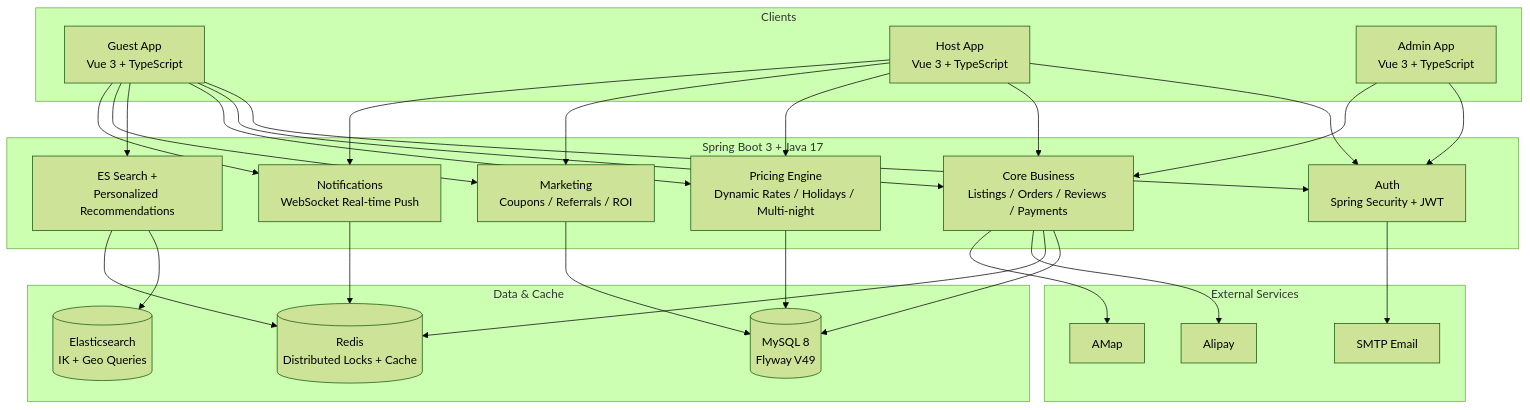
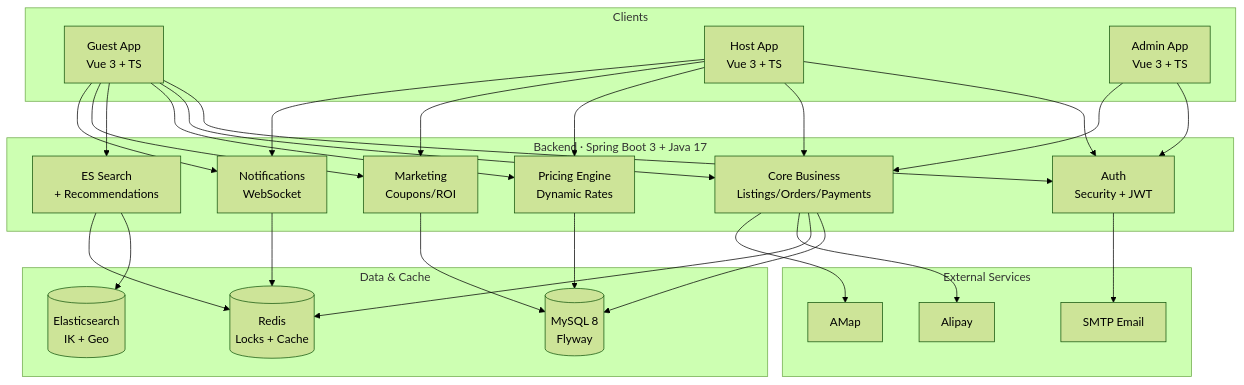
Before and after one commit to goaltang/homestay-booking-platform: the second of 2 diagrams in README_EN.md, drawn with Mermaid (forest theme). The commit also changed 1 other file, not shown here.

Commit message:
fix(docs): 系统架构图 subgraph 改用英文 id，修复 GitHub 中文 id 渲染异常

````diff
--- a/README_EN.md
+++ b/README_EN.md
@@ -90,54 +90,54 @@
 ```mermaid
 graph TB
-    subgraph Clients
-        F1[Guest App<br/>Vue 3 + TypeScript]
-        F2[Host App<br/>Vue 3 + TypeScript]
-        F3[Admin App<br/>Vue 3 + TypeScript]
+    subgraph C["Clients"]
+        F1[Guest App<br/>Vue 3 + TS]
+        F2[Host App<br/>Vue 3 + TS]
+        F3[Admin App<br/>Vue 3 + TS]
     end
 
-    subgraph Backend [Spring Boot 3 + Java 17]
-        S1[Auth<br/>Spring Security + JWT]
-        S2[Core Business<br/>Listings / Orders / Reviews / Payments]
-        S3[Pricing Engine<br/>Dynamic Rates / Holidays / Multi-night]
-        S4[ES Search +<br/>Personalized Recommendations]
-        S5[Marketing<br/>Coupons / Referrals / ROI]
-        S6[Notifications<br/>WebSocket Real-time Push]
+    subgraph B["Backend · Spring Boot 3 + Java 17"]
+        S1[Auth<br/>Security + JWT]
+        S2[Core Business<br/>Listings/Orders/Payments]
+        S3[Pricing Engine<br/>Dynamic Rates]
+        S4[ES Search<br/>+ Recommendations]
+        S5[Marketing<br/>Coupons/ROI]
+        S6[Notifications<br/>WebSocket]
     end
 
-    subgraph Data & Cache
-        D1[(MySQL 8<br/>Flyway V49)]
-        D2[(Redis<br/>Distributed Locks + Cache)]
-        D3[(Elasticsearch<br/>IK + Geo Queries)]
+    subgraph D["Data & Cache"]
+        D1[(MySQL 8<br/>Flyway)]
+        D2[(Redis<br/>Locks + Cache)]
+        D3[(Elasticsearch<br/>IK + Geo)]
     end
 
-    subgraph External Services
+    subgraph E["External Services"]
         E1[Alipay]
         E2[AMap]
         E3[SMTP Email]
     end
 
     F1 --> S1
     F2 --> S1
     F3 --> S1
     F1 --> S2
     F2 --> S2
     F3 --> S2
     F1 --> S3
     F2 --> S3
     F1 --> S4
     F1 --> S5
     F2 --> S5
     F1 --> S6
     F2 --> S6
 
     S2 --> D1
     S3 --> D1
     S4 --> D3
     S4 --> D2
     S5 --> D1
     S6 --> D2
     S2 --> D2
     S2 --> E1
     S2 --> E2
     S1 --> E3
 ```
````
